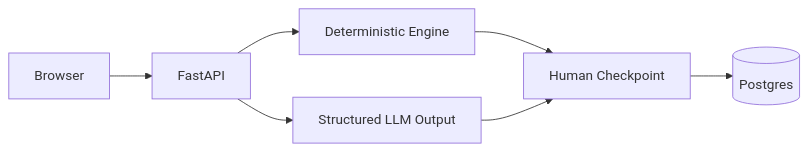
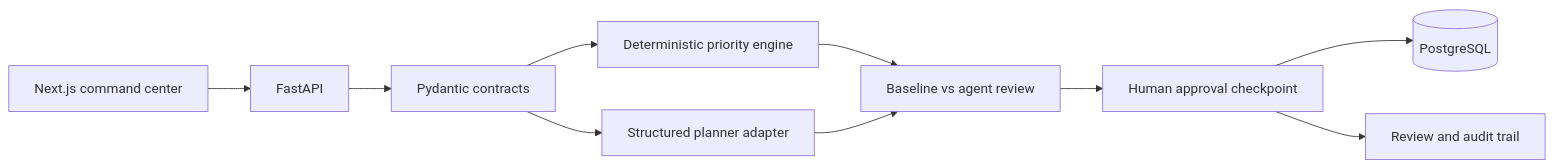
The diagram in README.md (Uditkumar-raj87/Personal-Command-Center-Agent), drawn with Mermaid before and after one commit. The commit also changed other lines of this file, not shown here.

````diff
--- a/README.md
+++ b/README.md
@@ -7,9 +51,12 @@
 ```mermaid
 flowchart LR
-	Browser --> API[FastAPI]
-	API --> Core[Deterministic Engine]
-	API --> LLM[Structured LLM Output]
-	Core --> Review[Human Checkpoint]
-	LLM --> Review
-	Review --> DB[(Postgres)]
+	Browser[Next.js command center] --> API[FastAPI]
+	API --> Contracts[Pydantic contracts]
+	Contracts --> Baseline[Deterministic priority engine]
+	Contracts --> Planner[Structured planner adapter]
+	Baseline --> Compare[Baseline vs agent review]
+	Planner --> Compare
+	Compare --> Checkpoint[Human approval checkpoint]
+	Checkpoint --> Store[(PostgreSQL)]
+	Checkpoint --> Audit[Review and audit trail]
 ```
````
